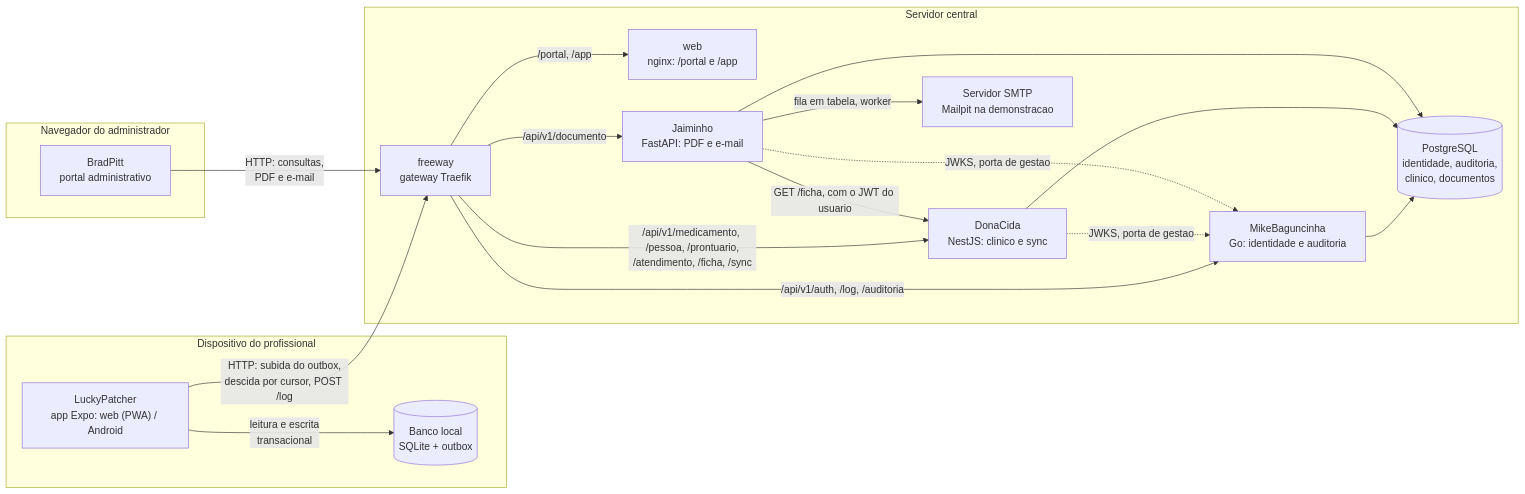
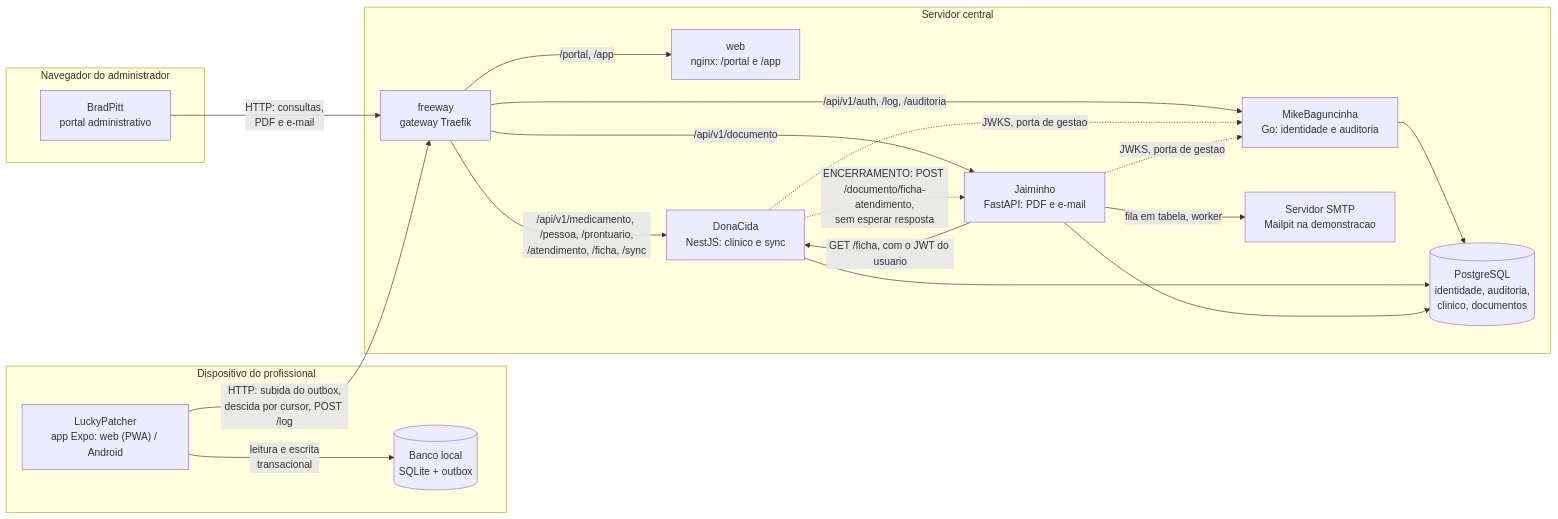
One commit to ArthurRostirolla/MedicalField changed the first of 2 diagrams in docs/arquitetura/arquitetura.md. Above: the diagram before and after it, drawn with Mermaid. The commit also changed other lines of this file and 19 other files, not shown here.

````diff
--- a/docs/arquitetura/arquitetura.md
+++ b/docs/arquitetura/arquitetura.md
@@ -28,39 +28,40 @@
 ```mermaid
 flowchart LR
   subgraph campo["Dispositivo do profissional"]
     app["LuckyPatcher<br/>app Expo: web (PWA) / Android"]
     local[("Banco local<br/>SQLite + outbox")]
     app -- "leitura e escrita<br/>transacional" --> local
   end
 
   subgraph administracao["Navegador do administrador"]
     portal["BradPitt<br/>portal administrativo"]
   end
 
   subgraph servidor["Servidor central"]
     gateway["freeway<br/>gateway Traefik"]
     web["web<br/>nginx: /portal e /app"]
     mike["MikeBaguncinha<br/>Go: identidade e auditoria"]
     cida["DonaCida<br/>NestJS: clinico e sync"]
     jaiminho["Jaiminho<br/>FastAPI: PDF e e-mail"]
     pg[("PostgreSQL<br/>identidade, auditoria,<br/>clinico, documentos")]
     smtp["Servidor SMTP<br/>Mailpit na demonstracao"]
   end
 
   app -- "HTTP: subida do outbox,<br/>descida por cursor, POST /log" --> gateway
   portal -- "HTTP: consultas,<br/>PDF e e-mail" --> gateway
 
   gateway -- "/portal, /app" --> web
   gateway -- "/api/v1/auth, /log, /auditoria" --> mike
   gateway -- "/api/v1/medicamento, /pessoa, /prontuario,<br/>/atendimento, /ficha, /sync" --> cida
   gateway -- "/api/v1/documento" --> jaiminho
 
   cida -. "JWKS, porta de gestao" .-> mike
   jaiminho -. "JWKS, porta de gestao" .-> mike
   jaiminho -- "GET /ficha, com o JWT do usuario" --> cida
+  cida -. "ENCERRAMENTO: POST /documento/ficha-atendimento,<br/>sem esperar resposta" .-> jaiminho
 
   mike --> pg
   cida --> pg
   jaiminho --> pg
   jaiminho -- "fila em tabela, worker" --> smtp
 ```
````
